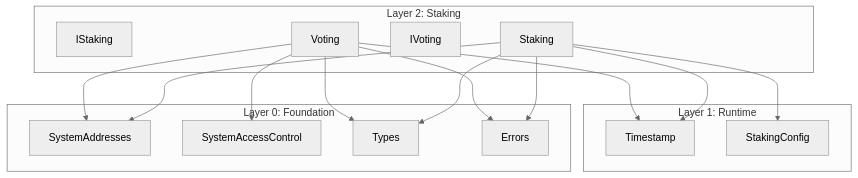
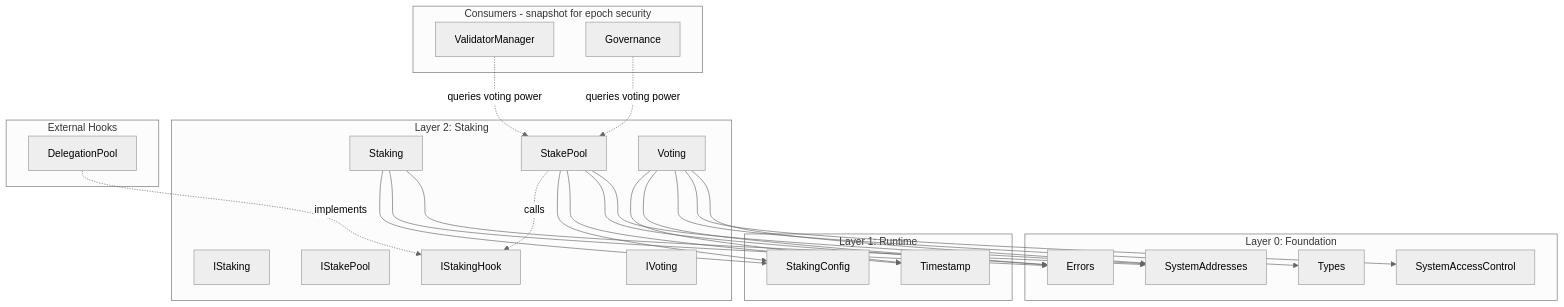
The diagram in build_logs/staking.md (Galxe/gravity_chain_core_contracts), drawn with Mermaid (neutral theme) before and after one commit. The commit also changed other lines of this file and 11 other files, not shown here.

````diff
--- a/build_logs/staking.md
+++ b/build_logs/staking.md
@@ -168,33 +217,54 @@
 ```mermaid
 graph TD
     subgraph Foundation[Layer 0: Foundation]
         SA[SystemAddresses]
         SAC[SystemAccessControl]
         T[Types]
         E[Errors]
     end
     
     subgraph Runtime[Layer 1: Runtime]
         TS[Timestamp]
         SC[StakingConfig]
     end
     
     subgraph Staking[Layer 2: Staking]
         IS[IStaking]
         S[Staking]
+        ISP[IStakePool]
+        SP[StakePool]
+        ISH[IStakingHook]
         IV[IVoting]
         V[Voting]
     end
     
+    subgraph Consumers[Consumers - snapshot for epoch security]
+        VM[ValidatorManager]
+        GOV[Governance]
+    end
+    
+    subgraph ExternalHooks[External Hooks]
+        DP[DelegationPool]
+    end
+    
     S --> SA
-    S --> T
     S --> E
-    S --> TS
     S --> SC
+    
+    SP --> SA
+    SP --> E
+    SP --> TS
+    SP --> SC
+    SP -.->|calls| ISH
     
     V --> SA
     V --> SAC
     V --> T
     V --> E
     V --> TS
+    
+    VM -.->|queries voting power| SP
+    GOV -.->|queries voting power| SP
+    
+    DP -.->|implements| ISH
 ```
````
